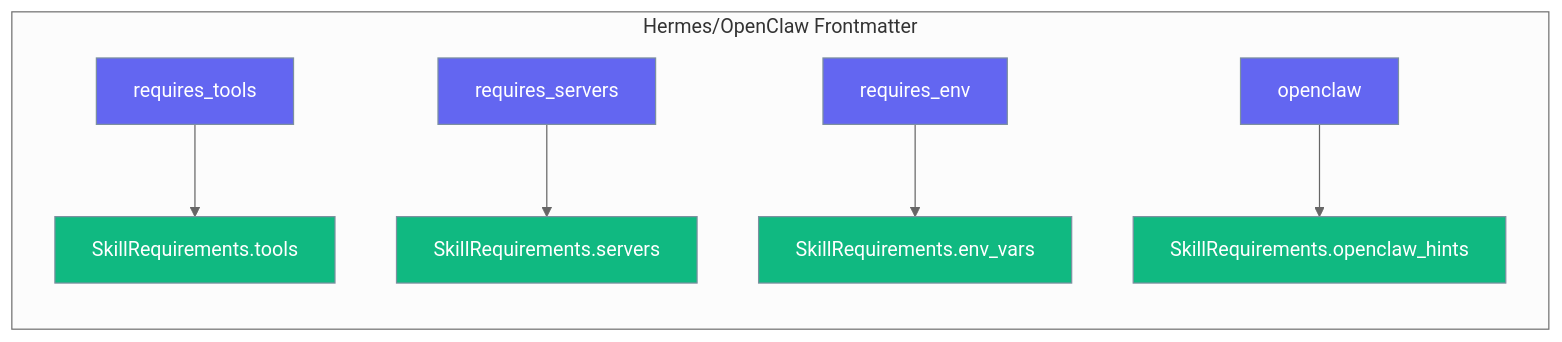
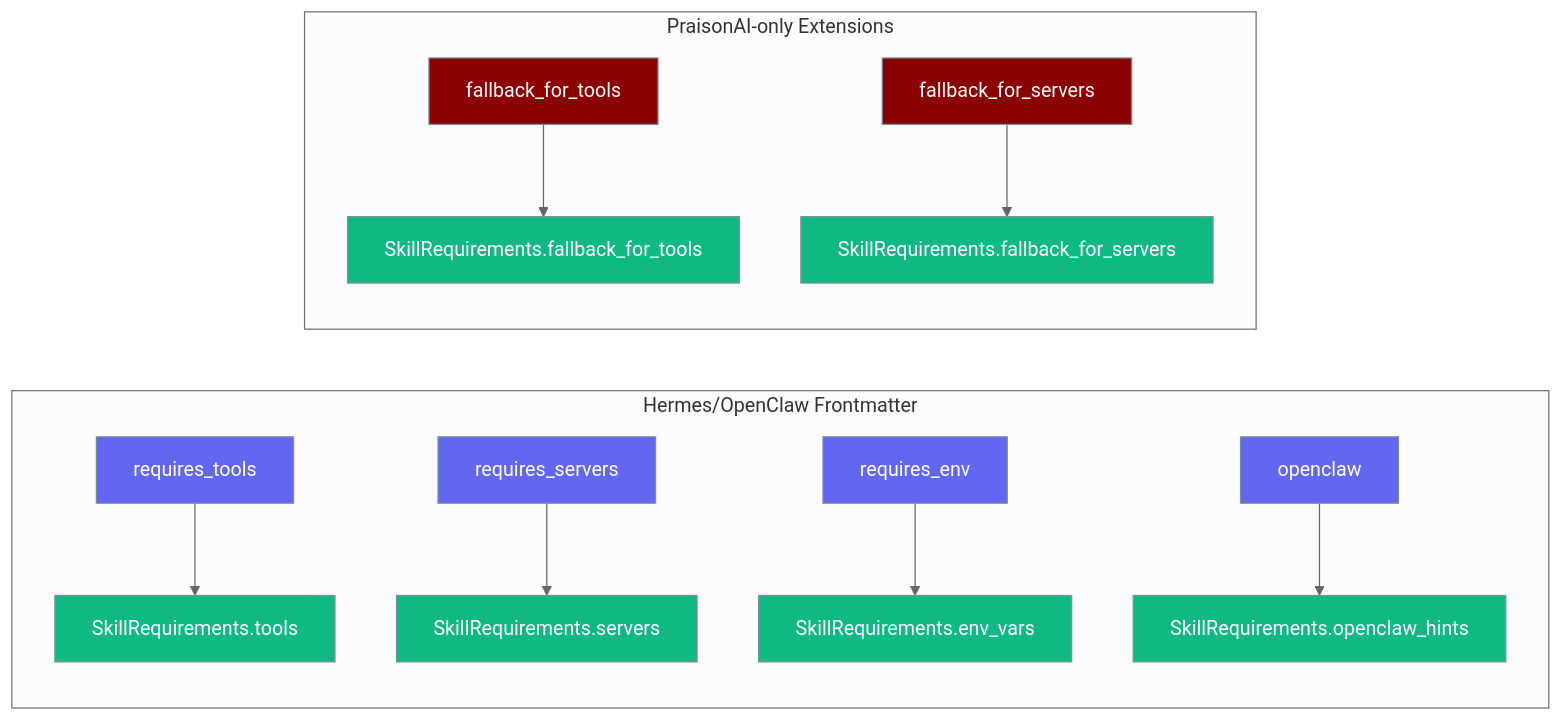
One commit to MervinPraison/PraisonAIDocs changed the fifth of 5 diagrams in docs/features/hermes-openclaw-skills-import.mdx. Above: the diagram before and after it, drawn with Mermaid (neutral theme). The commit also changed other lines of this file and 1 other file, not shown here.

Commit message:
docs: document graceful skill degradation via fallback_for_tools / fallback_for_servers (fixes #1215)
- Update description frontmatter to cover both requirements and fallbacks
- Add Graceful Fallback Skills section after Frontmatter Reference with:
  - Agent-centric Quick Start example first
  - SKILL.md frontmatter example
  - Behaviour table covering all 4 capability-present/absent scenarios
  - Decision diagram (graph TB) for requires vs. fallback choice
  - Sequence diagram showing hide vs. offer flows side-by-side
- Extend Frontmatter Reference table with fallback_for_tools and fallback_for_servers rows
- Add Terminal-based web fallback and Local-file MCP server fallback to Common Patterns
- Add 'Use fallback_for_* for graceful degradation' Best Practices accordion
- Update hermes-openclaw-skills-import.mdx Mermaid mapping to include new fields
- Add footnote marking fallback_for_* as PraisonAI-only extensions
- Add cross-link to Graceful Fallback Skills section
- Update lint helper to accept new fallback frontmatter keys
- docs/concepts/skills.mdx is unchanged (human-approved only)

````diff
--- a/docs/features/hermes-openclaw-skills-import.mdx
+++ b/docs/features/hermes-openclaw-skills-import.mdx
@@ -472,15 +472,23 @@
 ```mermaid
 graph LR
     subgraph "Hermes/OpenClaw Frontmatter"
         A[requires_tools] --> D[SkillRequirements.tools]
         B[requires_servers] --> E[SkillRequirements.servers]
         C[requires_env] --> F[SkillRequirements.env_vars]
         G[openclaw] --> H[SkillRequirements.openclaw_hints]
     end
+
+    subgraph "PraisonAI-only Extensions"
+        I[fallback_for_tools] --> J[SkillRequirements.fallback_for_tools]
+        K[fallback_for_servers] --> L[SkillRequirements.fallback_for_servers]
+    end
     
     classDef input fill:#6366F1,stroke:#7C90A0,color:#fff
     classDef output fill:#10B981,stroke:#7C90A0,color:#fff
+    classDef praisonai fill:#8B0000,stroke:#7C90A0,color:#fff
     
     class A,B,C,G input
     class D,E,F,H output
+    class I,K praisonai
+    class J,L output
 ```
````
